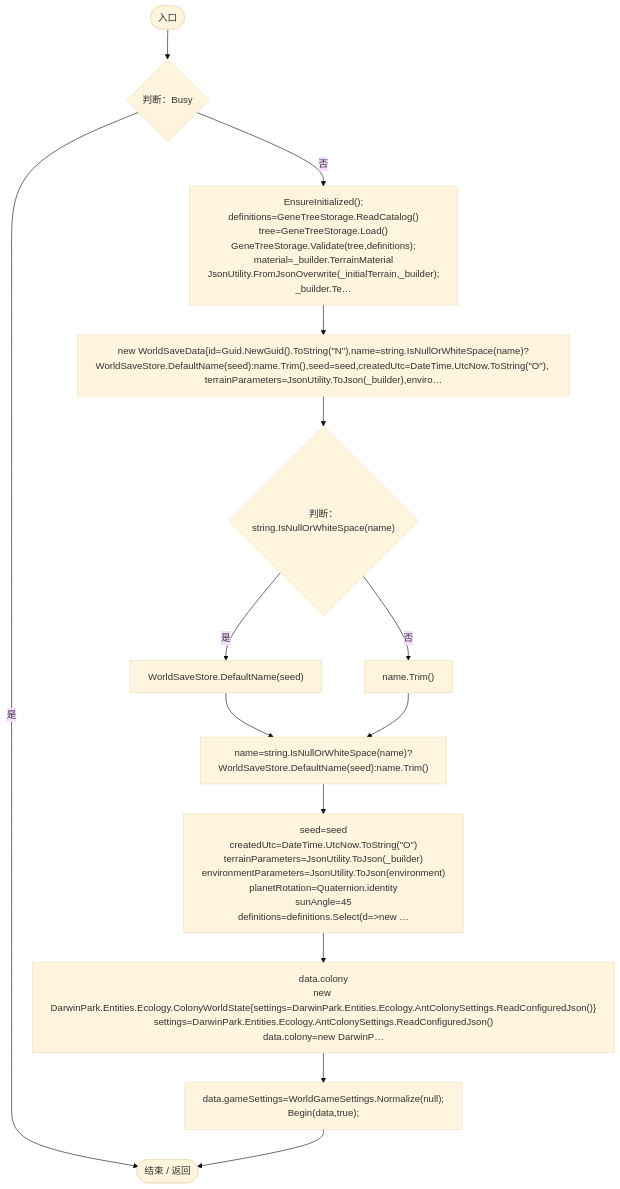
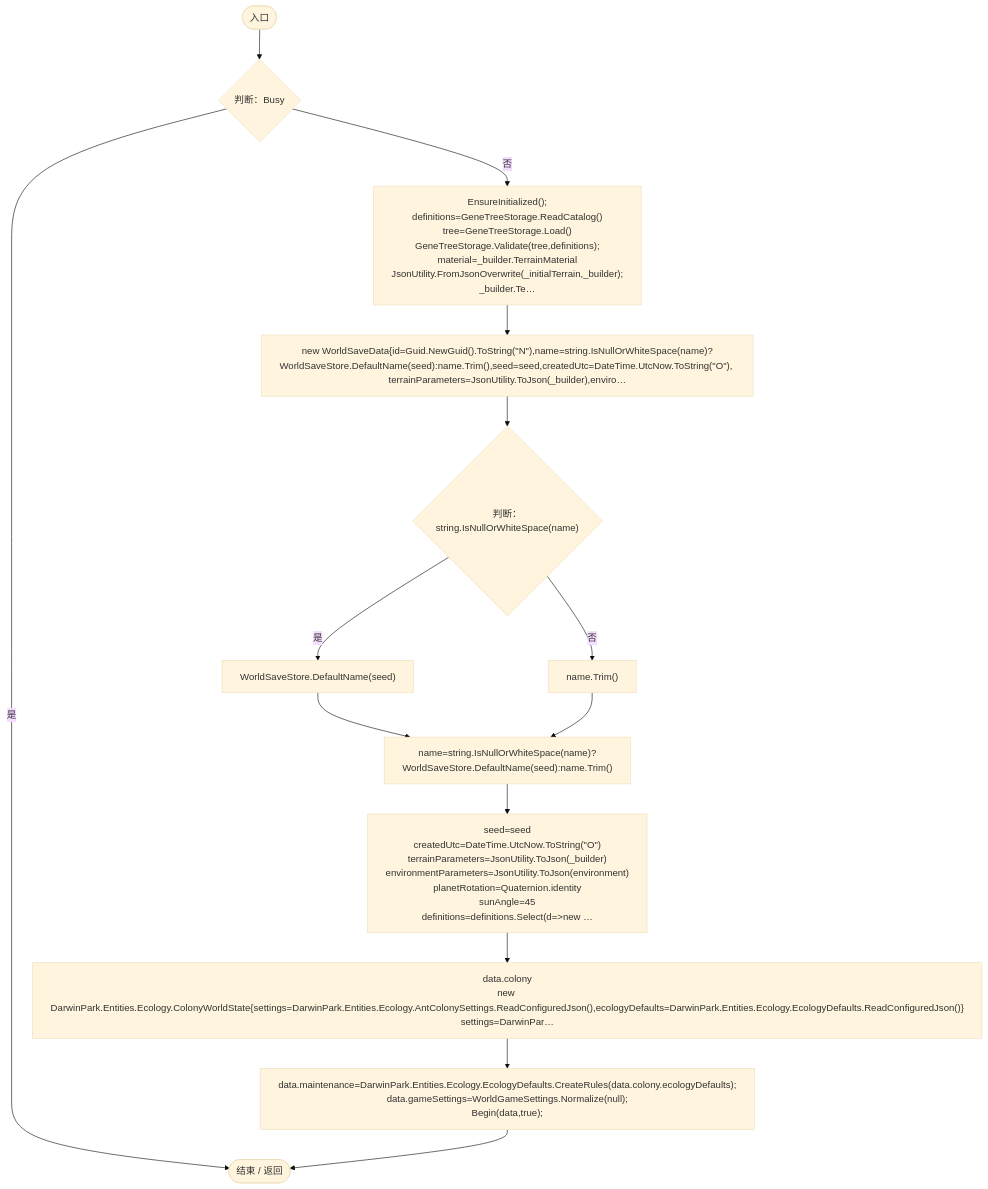
Before and after one commit to xhs6666/Darwin_paradise: diagram 13 of 30 in Docs/运行流程图/脚本/08741c7b7b9d9344.md, drawn with Mermaid (base theme). The commit also changed other lines of this file and 101 other files, not shown here.

````diff
--- a/Docs/运行流程图/脚本/08741c7b7b9d9344.md
+++ b/Docs/运行流程图/脚本/08741c7b7b9d9344.md
@@ -276,29 +276,29 @@
 ```mermaid
 flowchart TD
   b0(["入口"])
   b1{"判断：Busy"}
   b2["EnsureInitialized();<br/>definitions=GeneTreeStorage.ReadCatalog()<br/>tree=GeneTreeStorage.Load()<br/>GeneTreeStorage.Validate(tree,definitions);<br/>material=_builder.TerrainMaterial<br/>JsonUtility.FromJsonOverwrite(_initialTerrain,_builder);<br/>_builder.Te…"]
   b3["new WorldSaveData{id=Guid.NewGuid().ToString(&quot;N&quot;),name=string.IsNullOrWhiteSpace(name)?WorldSaveStore.DefaultName(seed):name.Trim(),seed=seed,createdUtc=DateTime.UtcNow.ToString(&quot;O&quot;), terrainParameters=JsonUtility.ToJson(_builder),enviro…"]
   b4{"判断：string.IsNullOrWhiteSpace(name)"}
   b5["WorldSaveStore.DefaultName(seed)"]
   b6["name.Trim()"]
   b7["name=string.IsNullOrWhiteSpace(name)?WorldSaveStore.DefaultName(seed):name.Trim()"]
   b8["seed=seed<br/>createdUtc=DateTime.UtcNow.ToString(&quot;O&quot;)<br/>terrainParameters=JsonUtility.ToJson(_builder)<br/>environmentParameters=JsonUtility.ToJson(environment)<br/>planetRotation=Quaternion.identity<br/>sunAngle=45<br/>definitions=definitions.Select(d=&gt;new …"]
-  b9["data.colony<br/>new DarwinPark.Entities.Ecology.ColonyWorldState{settings=DarwinPark.Entities.Ecology.AntColonySettings.ReadConfiguredJson()}<br/>settings=DarwinPark.Entities.Ecology.AntColonySettings.ReadConfiguredJson()<br/>data.colony=new DarwinP…"]
-  b10["data.gameSettings=WorldGameSettings.Normalize(null);<br/>Begin(data,true);"]
+  b9["data.colony<br/>new DarwinPark.Entities.Ecology.ColonyWorldState{settings=DarwinPark.Entities.Ecology.AntColonySettings.ReadConfiguredJson(),ecologyDefaults=DarwinPark.Entities.Ecology.EcologyDefaults.ReadConfiguredJson()}<br/>settings=DarwinPar…"]
+  b10["data.maintenance=DarwinPark.Entities.Ecology.EcologyDefaults.CreateRules(data.colony.ecologyDefaults);<br/>data.gameSettings=WorldGameSettings.Normalize(null);<br/>Begin(data,true);"]
   b11(["结束 / 返回"])
   b0 --> b1
   b1 -->|"是"| b11
   b1 -->|"否"| b2
   b2 --> b3
   b3 --> b4
   b4 -->|"是"| b5
   b4 -->|"否"| b6
   b5 --> b7
   b6 --> b7
   b7 --> b8
   b8 --> b9
   b9 --> b10
   b10 --> b11
 
 ```
````
